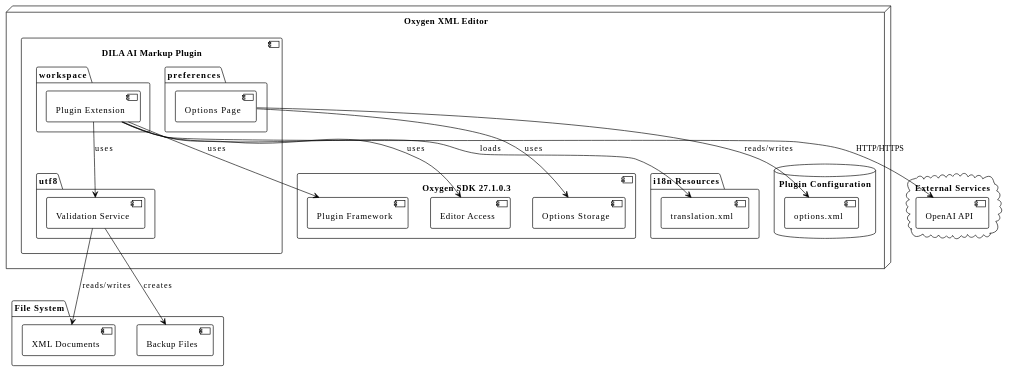
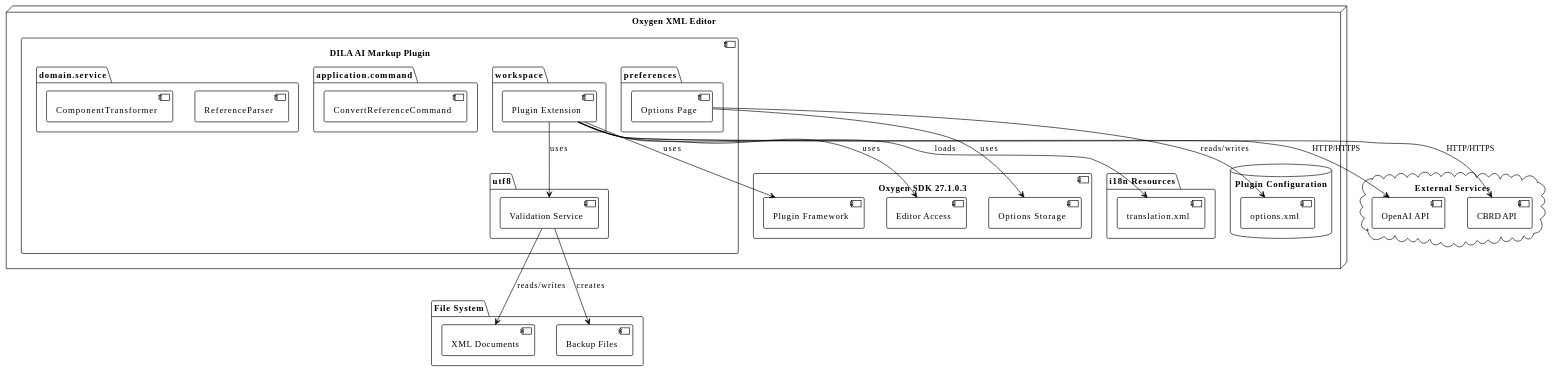
Before and after one commit to happypig/OCR2Markup: diagram 13 of 14 in Models/Gemini2.5/dila-ai-markup-plugin/docs/RUP.MD, drawn with PlantUML. The commit also changed other lines of this file and 9 other files, not shown here.

````diff
--- a/Models/Gemini2.5/dila-ai-markup-plugin/docs/RUP.MD
+++ b/Models/Gemini2.5/dila-ai-markup-plugin/docs/RUP.MD
@@ -1543,53 +1889,62 @@
 ```plantuml
 @startuml
 !theme plain
 
 node "Oxygen XML Editor" {
     component "Oxygen SDK 27.1.0.3" {
         [Plugin Framework]
         [Options Storage]
         [Editor Access]
     }
     
     component "DILA AI Markup Plugin" {
         package "workspace" {
             [Plugin Extension]
         }
         package "preferences" {
             [Options Page]
         }
+        package "application.command" {
+            [ConvertReferenceCommand]
+        }
+        package "domain.service" {
+            [ReferenceParser]
+            [ComponentTransformer]
+        }
         package "utf8" {
             [Validation Service]
         }
     }
     
     database "Plugin Configuration" {
         [options.xml]
     }
     
     folder "i18n Resources" {
         [translation.xml]
     }
 }
 
 cloud "External Services" {
     [OpenAI API]
+    [CBRD API]
 }
 
 folder "File System" {
     [XML Documents]
     [Backup Files]
 }
 
 [Plugin Extension] --> [Plugin Framework] : uses
 [Plugin Extension] --> [Editor Access] : uses
 [Plugin Extension] --> [Validation Service] : uses
 [Plugin Extension] --> [OpenAI API] : HTTP/HTTPS
+[Plugin Extension] --> [CBRD API] : HTTP/HTTPS
 [Options Page] --> [Options Storage] : uses
 [Options Page] --> [options.xml] : reads/writes
 [Plugin Extension] --> [translation.xml] : loads
 [Validation Service] --> [XML Documents] : reads/writes
 [Validation Service] --> [Backup Files] : creates
 
 @enduml
 ```
````
